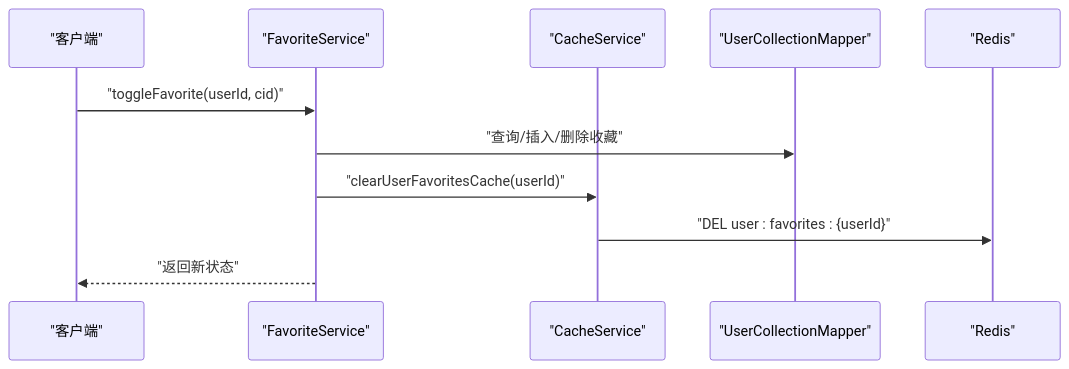
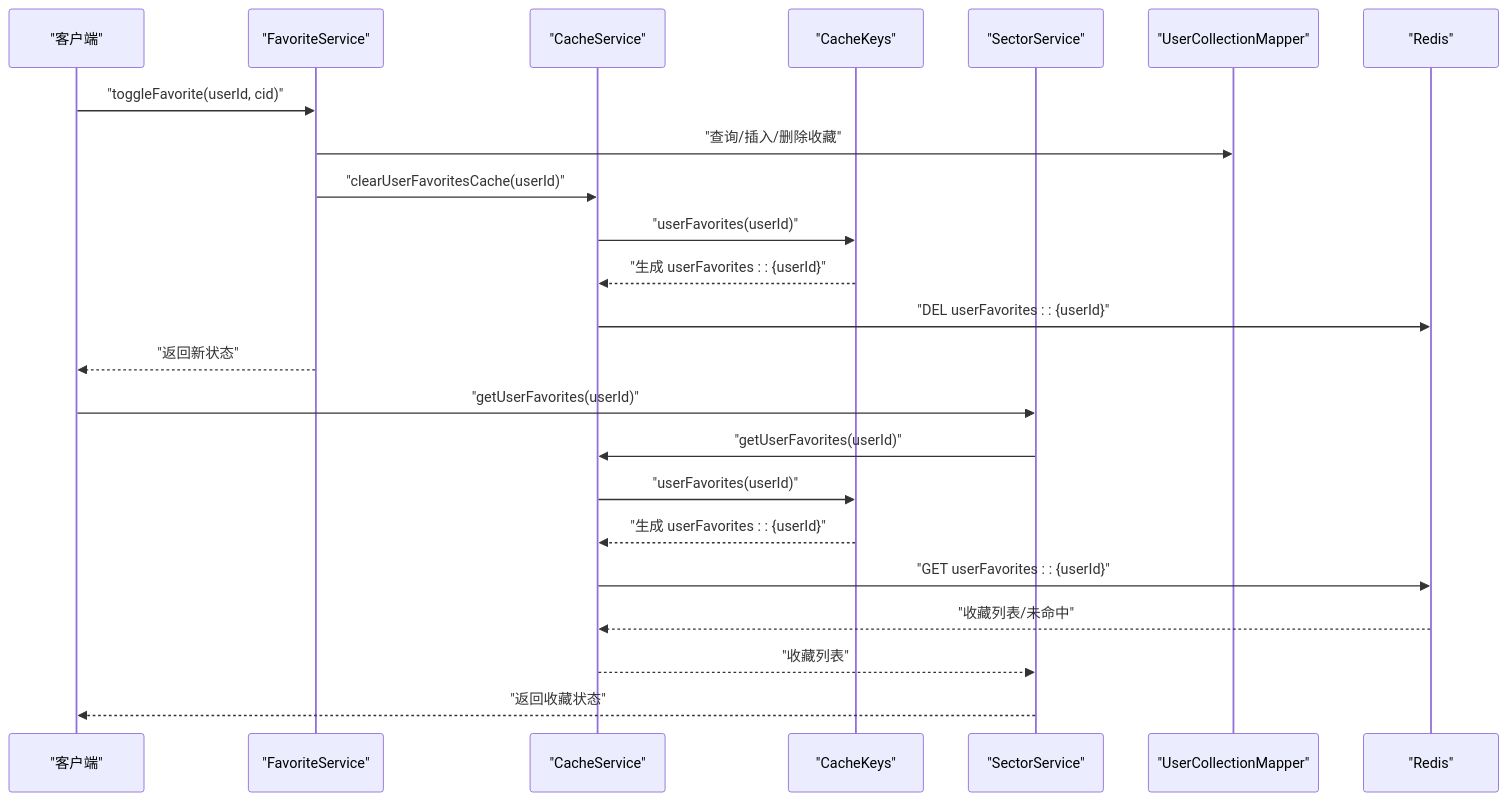
One commit to PersonNoName/FreeTrader changed the seventh of 9 diagrams in .qoder/repowiki/zh/content/后端系统/服务层设计/缓存服务.md. Above: the diagram before and after it, drawn with Mermaid. The commit also changed other lines of this file and 10 other files, not shown here.

````diff
--- a/.qoder/repowiki/zh/content/后端系统/服务层设计/缓存服务.md
+++ b/.qoder/repowiki/zh/content/后端系统/服务层设计/缓存服务.md
@@ -234,13 +331,25 @@
 ```mermaid
 sequenceDiagram
 participant Client as "客户端"
 participant FS as "FavoriteService"
 participant CS as "CacheService"
+participant CK as "CacheKeys"
+participant SS as "SectorService"
 participant Mapper as "UserCollectionMapper"
 participant Redis as "Redis"
 Client->>FS : "toggleFavorite(userId, cid)"
 FS->>Mapper : "查询/插入/删除收藏"
 FS->>CS : "clearUserFavoritesCache(userId)"
-CS->>Redis : "DEL user : favorites : {userId}"
+CS->>CK : "userFavorites(userId)"
+CK-->>CS : "生成 userFavorites : : {userId}"
+CS->>Redis : "DEL userFavorites : : {userId}"
 FS-->>Client : "返回新状态"
+Client->>SS : "getUserFavorites(userId)"
+SS->>CS : "getUserFavorites(userId)"
+CS->>CK : "userFavorites(userId)"
+CK-->>CS : "生成 userFavorites : : {userId}"
+CS->>Redis : "GET userFavorites : : {userId}"
+Redis-->>CS : "收藏列表/未命中"
+CS-->>SS : "收藏列表"
+SS-->>Client : "返回收藏状态"
 ```
````
